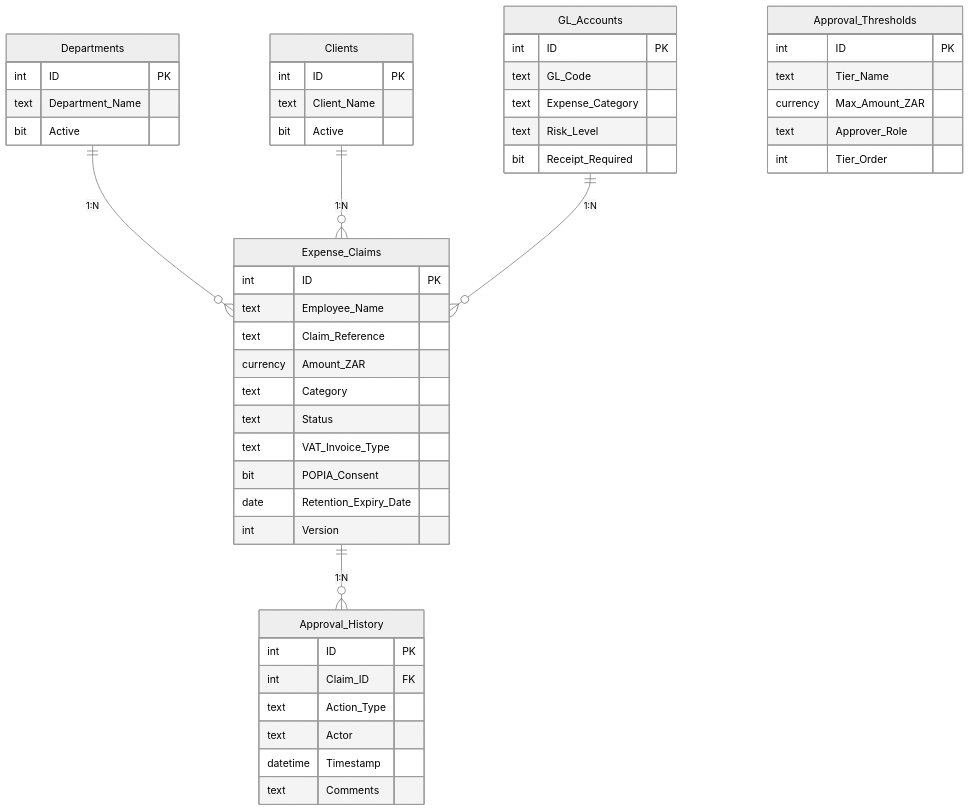
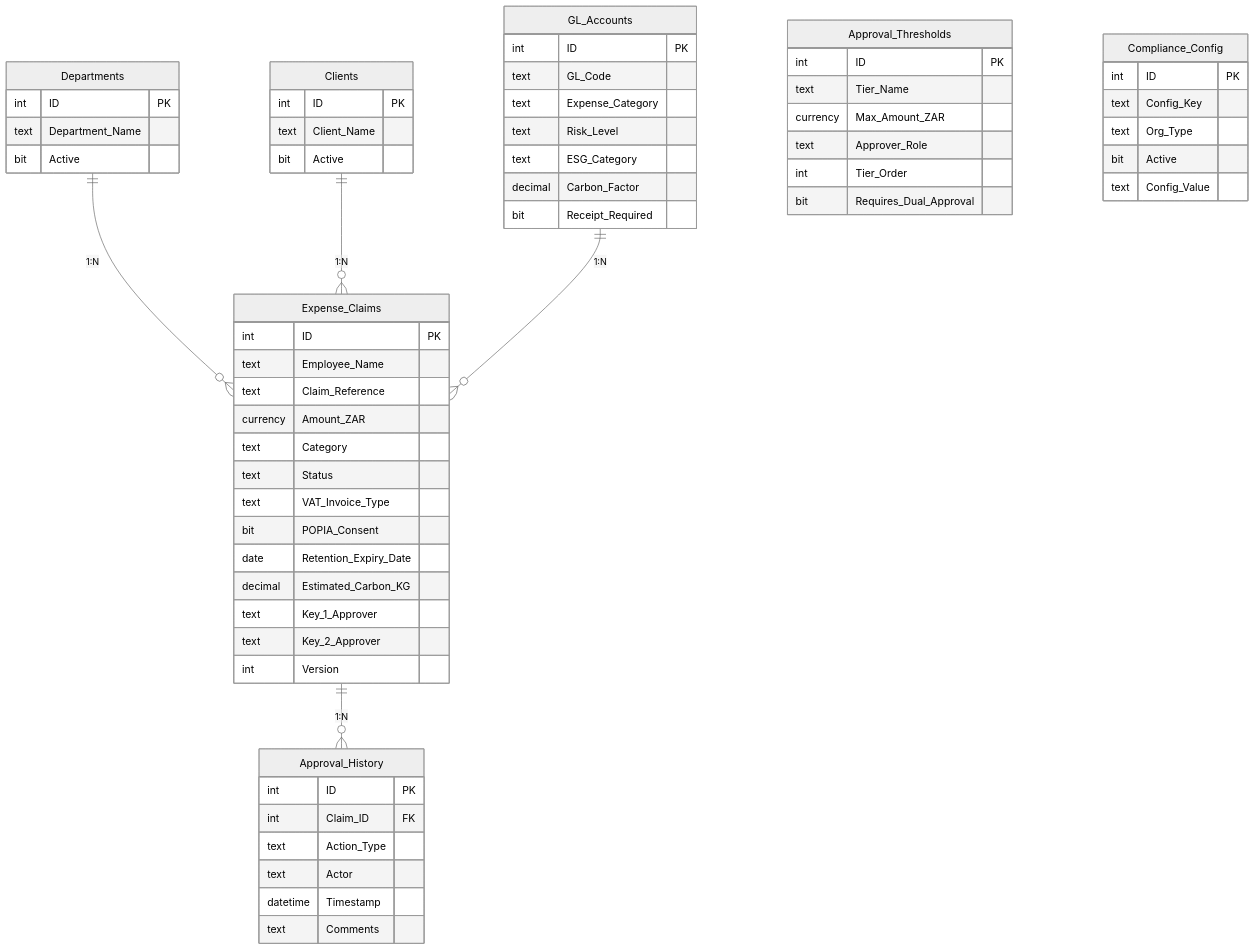
The second of 3 diagrams in README.md (HolgerRGevers/expense_reimbursement_manager), drawn with Mermaid (neutral theme) before and after one commit. The commit also changed other lines of this file and 1 other file, not shown here.

First line of the commit message:
docs: rethink README for v0.7.0 — reflect Two-Key, ESG, ForgeDS, Custom API

````diff
--- a/README.md
+++ b/README.md
@@ -448,52 +477,65 @@
 ```mermaid
 erDiagram
     Departments ||--o{ Expense_Claims : "1:N"
     Clients ||--o{ Expense_Claims : "1:N"
     GL_Accounts ||--o{ Expense_Claims : "1:N"
     Expense_Claims ||--o{ Approval_History : "1:N"
 
     Departments {
         int ID PK
         text Department_Name
         bit Active
     }
     Clients {
         int ID PK
         text Client_Name
         bit Active
     }
     GL_Accounts {
         int ID PK
         text GL_Code
         text Expense_Category
         text Risk_Level
+        text ESG_Category
+        decimal Carbon_Factor
         bit Receipt_Required
     }
     Approval_Thresholds {
         int ID PK
         text Tier_Name
         currency Max_Amount_ZAR
         text Approver_Role
         int Tier_Order
+        bit Requires_Dual_Approval
+    }
+    Compliance_Config {
+        int ID PK
+        text Config_Key
+        text Org_Type
+        bit Active
+        text Config_Value
     }
     Expense_Claims {
         int ID PK
         text Employee_Name
         text Claim_Reference
         currency Amount_ZAR
         text Category
         text Status
         text VAT_Invoice_Type
         bit POPIA_Consent
         date Retention_Expiry_Date
+        decimal Estimated_Carbon_KG
+        text Key_1_Approver
+        text Key_2_Approver
         int Version
     }
     Approval_History {
         int ID PK
         int Claim_ID FK
         text Action_Type
         text Actor
         datetime Timestamp
         text Comments
     }
 ```
````
